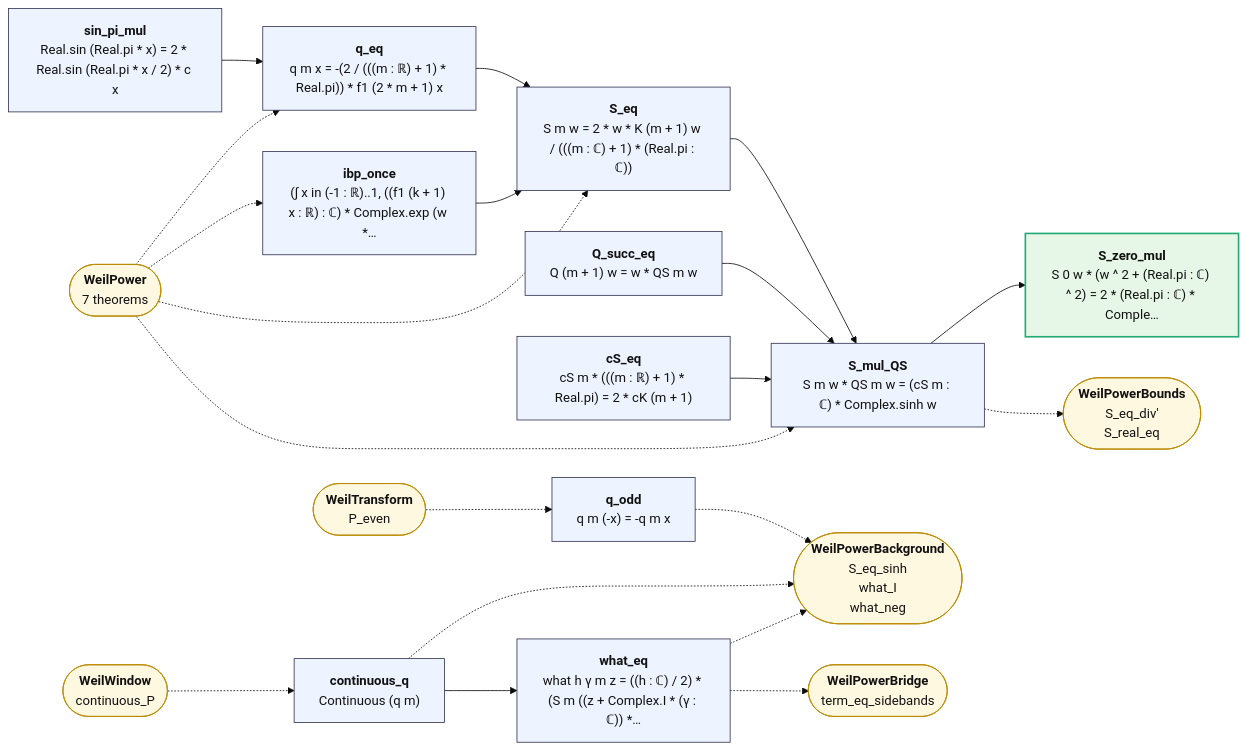
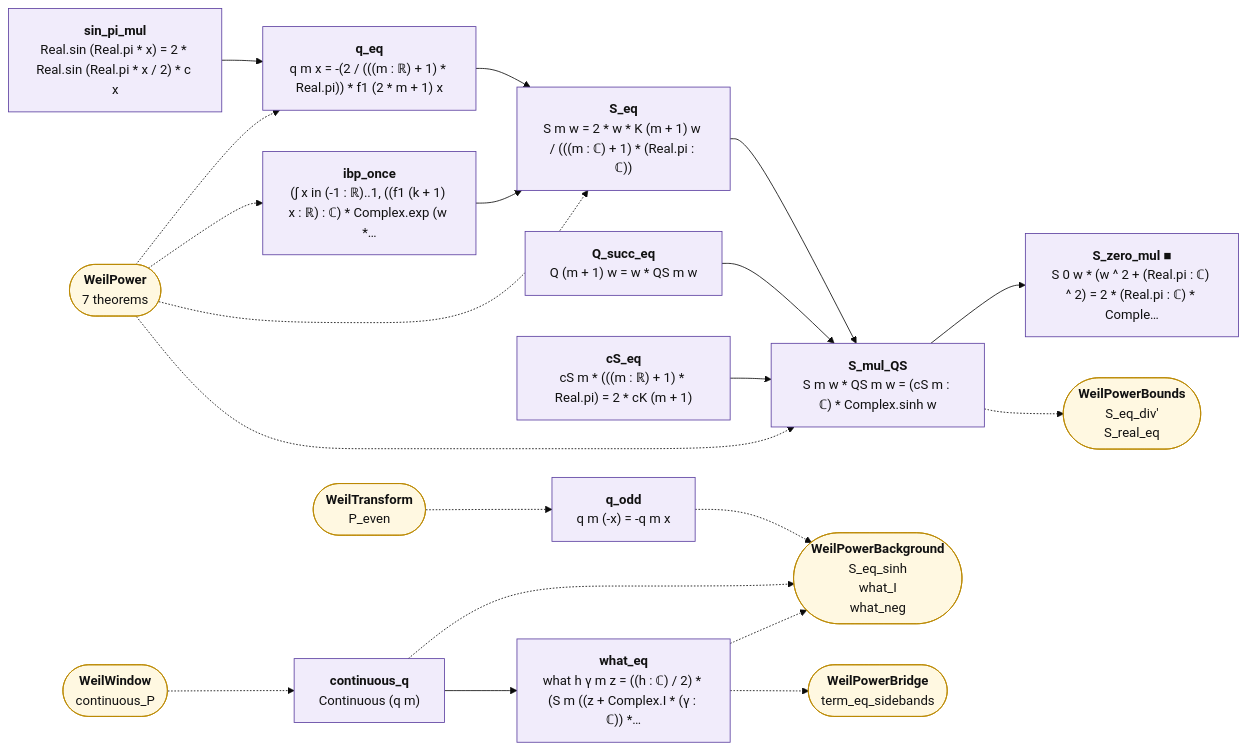
Before and after one commit to juliansambranojr/Primebeat_081426: the diagram in map/lean_stage3/WeilOddPower.md, drawn with Mermaid (base theme). The commit also changed other lines of this file and 398 other files, not shown here.

````diff
--- a/map/lean_stage3/WeilOddPower.md
+++ b/map/lean_stage3/WeilOddPower.md
@@ -12,44 +12,47 @@
 ```mermaid
 flowchart LR
-  n0["<b>q_odd</b><br/>q m (-x) = -q m x"]:::thm
-  n1["<b>continuous_q</b><br/>Continuous (q m)"]:::thm
-  n2["<b>sin_pi_mul</b><br/>Real.sin (Real.pi * x) = 2 * Real.sin (Real.pi * x / 2) * c x"]:::thm
-  n3["<b>q_eq</b><br/>q m x = -(2 / (((m : ℝ) + 1) * Real.pi)) * f1 (2 * m + 1) x"]:::thm
-  n4["<b>ibp_once</b><br/>(∫ x in (-1 : ℝ)..1, ((f1 (k + 1) x : ℝ) : ℂ) * Complex.exp (w *…"]:::thm
-  n5["<b>S_eq</b><br/>S m w = 2 * w * K (m + 1) w / (((m : ℂ) + 1) * (Real.pi : ℂ))"]:::thm
-  n6["<b>Q_succ_eq</b><br/>Q (m + 1) w = w * QS m w"]:::thm
-  n7["<b>cS_eq</b><br/>cS m * (((m : ℝ) + 1) * Real.pi) = 2 * cK (m + 1)"]:::thm
-  n8["<b>S_mul_QS</b><br/>S m w * QS m w = (cS m : ℂ) * Complex.sinh w"]:::thm
-  n9["<b>S_zero_mul</b><br/>S 0 w * (w ^ 2 + (Real.pi : ℂ) ^ 2) = 2 * (Real.pi : ℂ) * Comple…"]:::end_
-  n10["<b>what_eq</b><br/>what h γ m z = ((h : ℂ) / 2) * (S m ((z + Complex.I * (γ : ℂ)) *…"]:::thm
+  n0["<b>q_odd</b><br/>q m (-x) = -q m x"]:::shp
+  n1["<b>continuous_q</b><br/>Continuous (q m)"]:::shp
+  n2["<b>sin_pi_mul</b><br/>Real.sin (Real.pi * x) = 2 * Real.sin (Real.pi * x / 2) * c x"]:::shp
+  n3["<b>q_eq</b><br/>q m x = -(2 / (((m : ℝ) + 1) * Real.pi)) * f1 (2 * m + 1) x"]:::shp
+  n4["<b>ibp_once</b><br/>(∫ x in (-1 : ℝ)..1, ((f1 (k + 1) x : ℝ) : ℂ) * Complex.exp (w *…"]:::shp
+  n5["<b>S_eq</b><br/>S m w = 2 * w * K (m + 1) w / (((m : ℂ) + 1) * (Real.pi : ℂ))"]:::shp
+  n6["<b>Q_succ_eq</b><br/>Q (m + 1) w = w * QS m w"]:::shp
+  n7["<b>cS_eq</b><br/>cS m * (((m : ℝ) + 1) * Real.pi) = 2 * cK (m + 1)"]:::shp
+  n8["<b>S_mul_QS</b><br/>S m w * QS m w = (cS m : ℂ) * Complex.sinh w"]:::shp
+  n9["<b>S_zero_mul ■</b><br/>S 0 w * (w ^ 2 + (Real.pi : ℂ) ^ 2) = 2 * (Real.pi : ℂ) * Comple…"]:::shp
+  n10["<b>what_eq</b><br/>what h γ m z = ((h : ℂ) / 2) * (S m ((z + Complex.I * (γ : ℂ)) *…"]:::shp
   x0(["<b>WeilTransform</b><br/>P_even"]):::ext
   x1(["<b>WeilPowerBackground</b><br/>S_eq_sinh<br/>what_I<br/>what_neg"]):::ext
   x2(["<b>WeilWindow</b><br/>continuous_P"]):::ext
   x3(["<b>WeilPower</b><br/>7 theorems"]):::ext
   x4(["<b>WeilPowerBounds</b><br/>S_eq_div'<br/>S_real_eq"]):::ext
   x5(["<b>WeilPowerBridge</b><br/>term_eq_sidebands"]):::ext
   n1 --> n10
   n2 --> n3
   n3 --> n5
   n4 --> n5
   n5 --> n8
   n6 --> n8
   n7 --> n8
   n8 --> n9
   n0 -.-> x1
   n1 -.-> x1
   n10 -.-> x1
   n10 -.-> x5
   n8 -.-> x4
   x0 -.-> n0
   x2 -.-> n1
   x3 -.-> n3
   x3 -.-> n4
   x3 -.-> n5
   x3 -.-> n8
+  classDef cnt fill:#dff5ec,stroke:#17694a,color:#111
+  classDef shp fill:#f1ecfb,stroke:#5b3fa0,color:#111
+  classDef rh fill:#ffe5e5,stroke:#c22,color:#111,stroke-width:2px
   classDef thm fill:#eef4ff,stroke:#335,color:#111
   classDef end_ fill:#e7f7e7,stroke:#2a7,color:#111,stroke-width:2px
   classDef lone fill:#fff,stroke:#999,color:#111,stroke-dasharray:4 3
   classDef bad fill:#ffe5e5,stroke:#c22,color:#111,stroke-width:2px
   classDef ext fill:#fff8e1,stroke:#b80,color:#111
 ```
````
